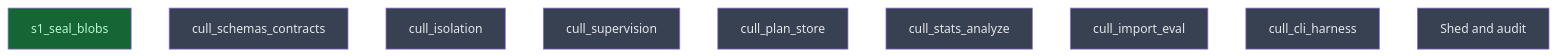
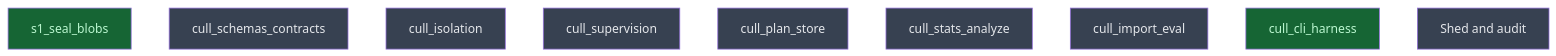
One commit to CrackingShells/Candler changed the diagram in __roadmap__/diet/README.md. Above: the diagram before and after it, drawn with Mermaid. The commit also changed other lines of this file, not shown here.

Commit message:
rdm(api): mark cull_cli_harness done

````diff
--- a/__roadmap__/diet/README.md
+++ b/__roadmap__/diet/README.md
@@ -21,17 +21,17 @@
 ```mermaid
 graph TD
     s1_seal_blobs[s1_seal_blobs]:::done
     cull_schemas_contracts[cull_schemas_contracts]:::planned
     cull_isolation[cull_isolation]:::planned
     cull_supervision[cull_supervision]:::planned
     cull_plan_store[cull_plan_store]:::planned
     cull_stats_analyze[cull_stats_analyze]:::planned
     cull_import_eval[cull_import_eval]:::planned
-    cull_cli_harness[cull_cli_harness]:::planned
+    cull_cli_harness[cull_cli_harness]:::done
     shed[Shed and audit]:::planned
     classDef done       fill:#166534,color:#bbf7d0
     classDef inprogress fill:#854d0e,color:#fef08a
     classDef planned    fill:#374151,color:#e5e7eb
     classDef amendment  fill:#1e3a5f,color:#bfdbfe
     classDef blocked    fill:#7f1d1d,color:#fecaca
 ```
````
